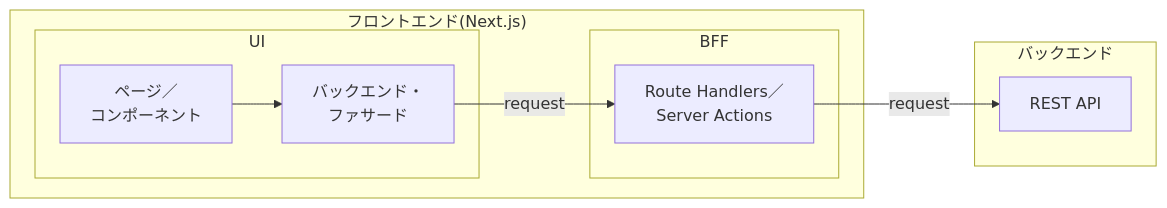
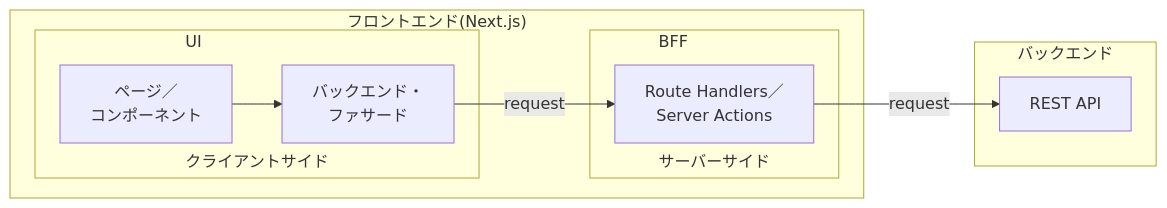
The first of 2 diagrams in README.md (sudo-yoko/portfolio-nextjs), drawn with Mermaid before and after one commit. The commit also changed other lines of this file, not shown here.

````diff
--- a/README.md
+++ b/README.md
@@ -32,18 +32,18 @@
 ```mermaid
 flowchart LR
 	subgraph "フロントエンド(Next.js)"
-		subgraph "UI"
+		subgraph "UI<br><br><br><br><br>クライアントサイド"
 			U["ページ／<br>コンポーネント"]
 			F["バックエンド・<br>ファサード"]
 		end
-		subgraph "BFF"
+		subgraph "BFF<br><br><br><br><br>サーバーサイド"
 			B[Route Handlers／<br>Server Actions]
 		end
 	end
 	U-->F
 	F-- request -->B
 	subgraph "バックエンド"
 		REST["REST API"]
 	end
 	B-- request -->REST
 ```
````
